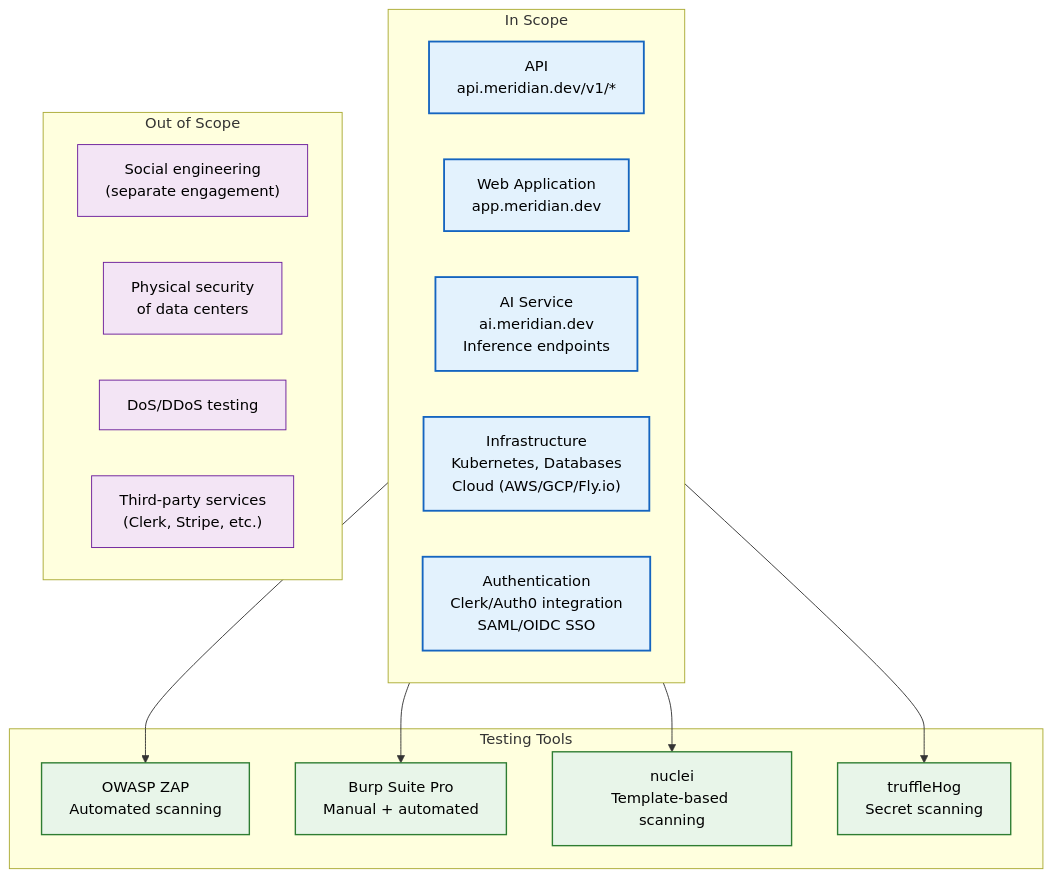
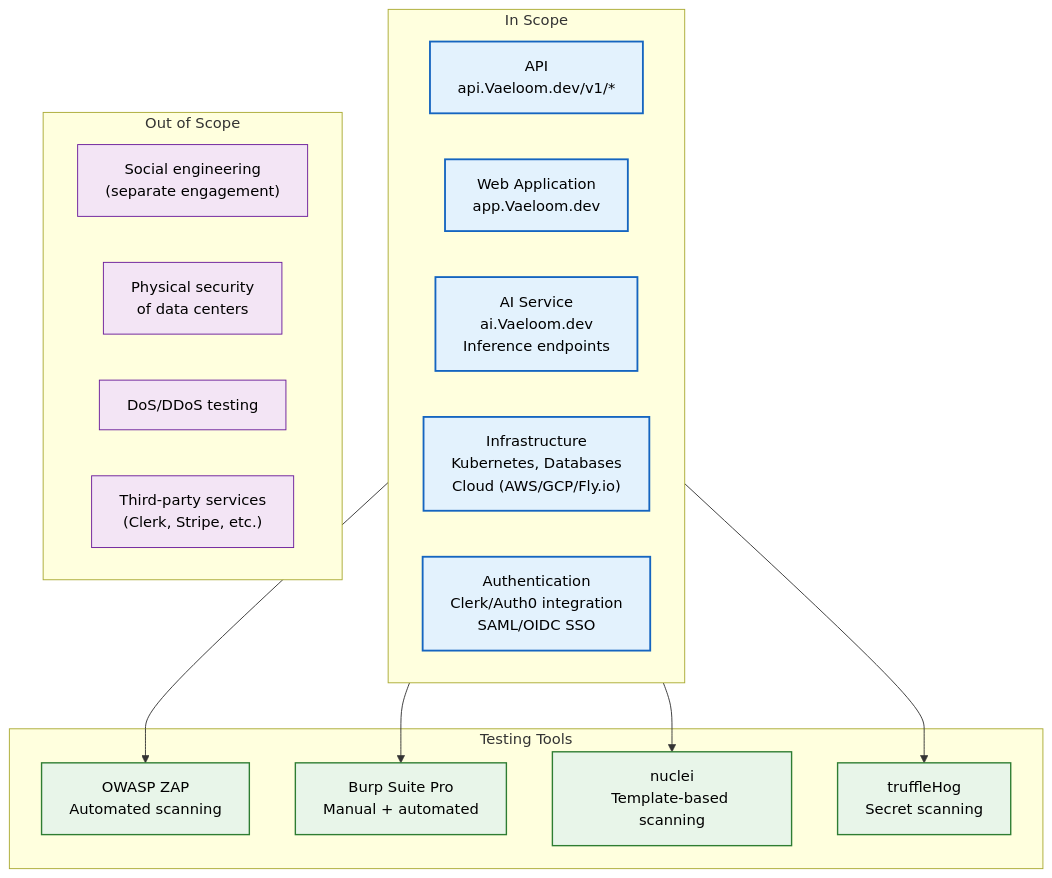
The second of 4 diagrams in Docs/Security/Penetration-Test-Procedure.md (Driftloom/Vaeloom), drawn with Mermaid before and after one commit. The commit also changed other lines of this file and 249 other files, not shown here.

Commit message:
Rename all references from Meridian to Vaeloom across docs, scripts, and config

````diff
--- a/Docs/Security/Penetration-Test-Procedure.md
+++ b/Docs/Security/Penetration-Test-Procedure.md
@@ -37,34 +37,34 @@
 ```mermaid
 graph TD
     classDef scope fill:#e3f2fd,stroke:#1565c0,color:#000,stroke-width:2px
     classDef out fill:#f3e5f5,stroke:#6a1b9a,color:#000,stroke-width:1px
     classDef tool fill:#e8f5e9,stroke:#2e7d32,color:#000,stroke-width:1.5px
 
     subgraph InScope["In Scope"]
-        API["API<br/>api.meridian.dev/v1/*"]
-        WEB["Web Application<br/>app.meridian.dev"]
-        AI["AI Service<br/>ai.meridian.dev<br/>Inference endpoints"]
+        API["API<br/>api.Vaeloom.dev/v1/*"]
+        WEB["Web Application<br/>app.Vaeloom.dev"]
+        AI["AI Service<br/>ai.Vaeloom.dev<br/>Inference endpoints"]
         INFRA["Infrastructure<br/>Kubernetes, Databases<br/>Cloud (AWS/GCP/Fly.io)"]
         AUTH["Authentication<br/>Clerk/Auth0 integration<br/>SAML/OIDC SSO"]
     end
 
     subgraph OutOfScope["Out of Scope"]
         OOS1["Social engineering<br/>(separate engagement)"]
         OOS2["Physical security<br/>of data centers"]
         OOS3["DoS/DDoS testing"]
         OOS4["Third-party services<br/>(Clerk, Stripe, etc.)"]
     end
 
     subgraph Tools["Testing Tools"]
         ZAP["OWASP ZAP<br/>Automated scanning"]
         BURP["Burp Suite Pro<br/>Manual + automated"]
         NUCLEI["nuclei<br/>Template-based scanning"]
         TRUFFLE["truffleHog<br/>Secret scanning"]
     end
 
     InScope --> ZAP & BURP & NUCLEI & TRUFFLE
 
     class API,WEB,AI,INFRA,AUTH scope
     class OOS1,OOS2,OOS3,OOS4 out
     class ZAP,BURP,NUCLEI,TRUFFLE tool
 ```
````
